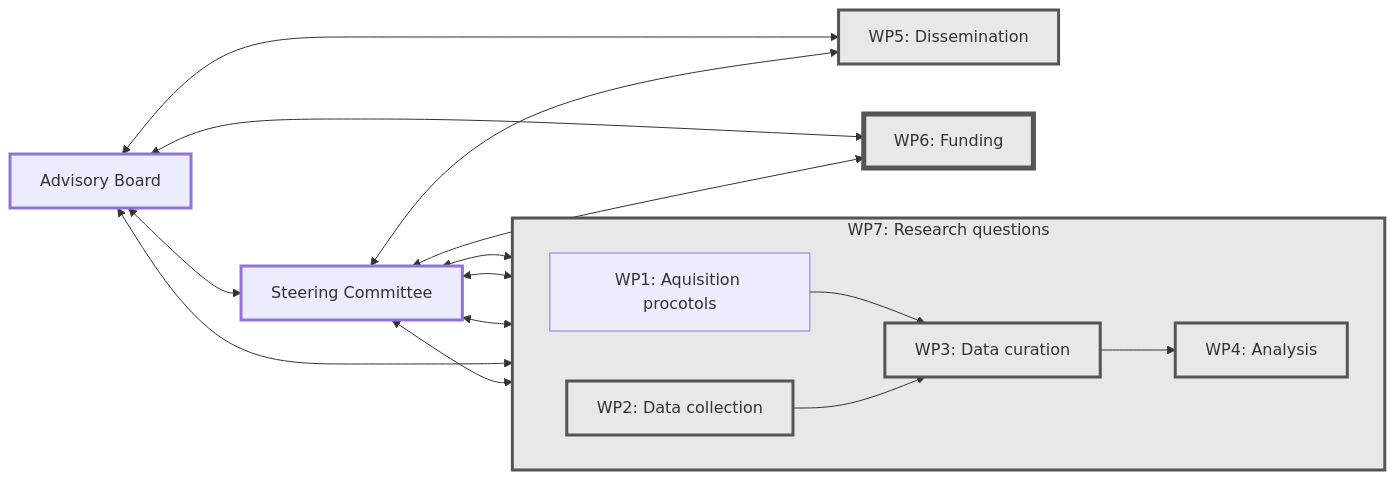
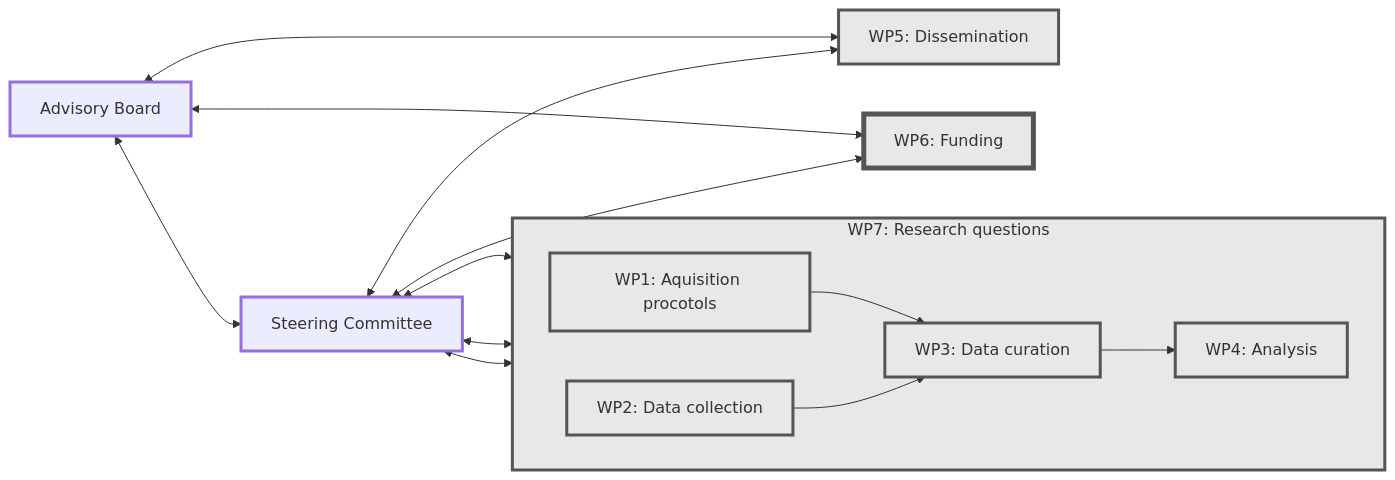
The diagram in index.qmd (JuliusWelzel/eegmanysteps), drawn with Mermaid before and after one commit.

Commit message:
Enhance diagram styling in index.qmd for improved visual clarity

````diff
--- a/index.qmd
+++ b/index.qmd
@@ -41,41 +41,41 @@
 ```{mermaid}
 graph LR
     style A stroke-width:3px,corner-radius:5px
     style S stroke-width:3px,corner-radius:5px
+    style B1 fill:#E8E8E8,stroke:#555,stroke-width:3px,corner-radius:5px
     style B2 fill:#E8E8E8,stroke:#555,stroke-width:3px,corner-radius:5px
     style B3 fill:#E8E8E8,stroke:#555,stroke-width:3px,corner-radius:5px
     style B4 fill:#E8E8E8,stroke:#555,stroke-width:3px,corner-radius:5px
     style B5 fill:#E8E8E8,stroke:#555,stroke-width:3px,corner-radius:5px
     style B6 fill:#E8E8E8,stroke:#555,stroke-width:5px,corner-radius:5px
     style B7 fill:#E8E8E8,stroke:#555,stroke-width:3px,corner-radius:5px
 
     A[Advisory Board]
     S[Steering Committee]
 
     B1[WP1: Aquisition procotols]
     B2[WP2: Data collection]
     B3[WP3: Data curation]
     B4[WP4: Analysis]
     B5[WP5: Dissemination]
     B6[WP6: Funding]
     B7[WP7: Research questions]
 
     subgraph B7[WP7: Research questions]
         direction LR
         B1 --> B3
         B2 --> B3
         B3 --> B4
     end
 
     A <--> S
     S <--> B1
     S <--> B2
     S <--> B4
     A <--> B5
     S <--> B5
     A <--> B6
     S <--> B6
-    A <--> B7
-    S <--> B7
+
 
 ```
````
